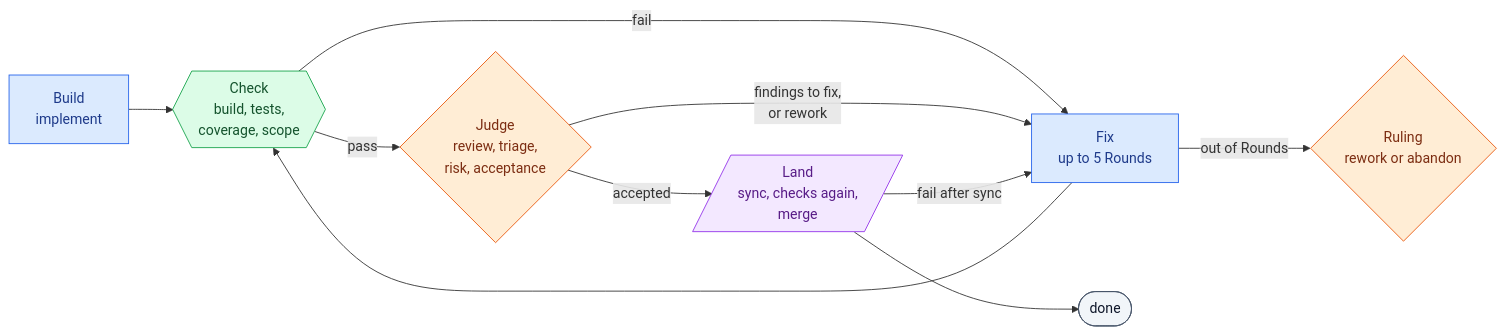
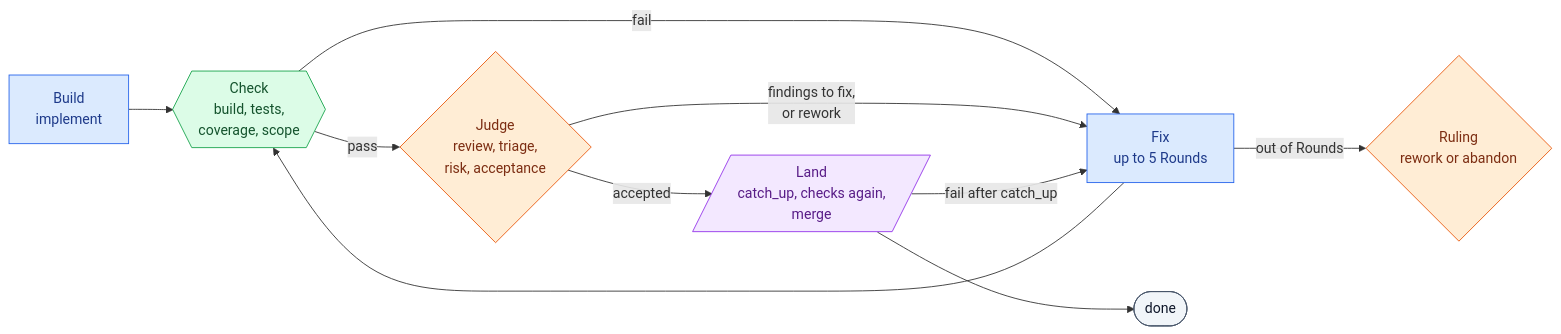
One commit to Zepp333333/factory changed the fifth of 10 diagrams in docs/guide/04-pipelines.md. Above: the diagram before and after it, drawn with Mermaid. The commit also changed other lines of this file and 54 other files, not shown here.

First line of the commit message:
Rename Operation sync to catch_up, the Gates after it to combined and Role ci_fixer to ci-fixer, and make factory check name the new names (#318)

````diff
--- a/docs/guide/04-pipelines.md
+++ b/docs/guide/04-pipelines.md
@@ -372,17 +384,17 @@
 ```mermaid
 flowchart LR
     build["Build<br/>implement"]:::stage --> checks{{"Check<br/>build, tests,<br/>coverage, scope"}}:::gate
     checks -- "fail" --> fixloop["Fix<br/>up to 5 Rounds"]:::stage
     fixloop --> checks
     checks -- "pass" --> judge{"Judge<br/>review, triage,<br/>risk, acceptance"}:::decision
     judge -- "findings to fix,<br/>or rework" --> fixloop
-    judge -- "accepted" --> land[/"Land<br/>sync, checks again,<br/>merge"/]:::operation
-    land -- "fail after sync" --> fixloop
+    judge -- "accepted" --> land[/"Land<br/>catch_up, checks again,<br/>merge"/]:::operation
+    land -- "fail after catch_up" --> fixloop
     land --> done(["done"]):::terminal
     fixloop -- "out of Rounds" --> ruling{"Ruling<br/>rework or abandon"}:::decision
     classDef stage fill:#dbeafe,stroke:#2563eb,color:#1e3a8a
     classDef gate fill:#dcfce7,stroke:#16a34a,color:#14532d
     classDef decision fill:#ffedd5,stroke:#ea580c,color:#7c2d12
     classDef operation fill:#f3e8ff,stroke:#9333ea,color:#581c87
     classDef terminal fill:#f1f5f9,stroke:#475569,color:#0f172a
 ```
````
